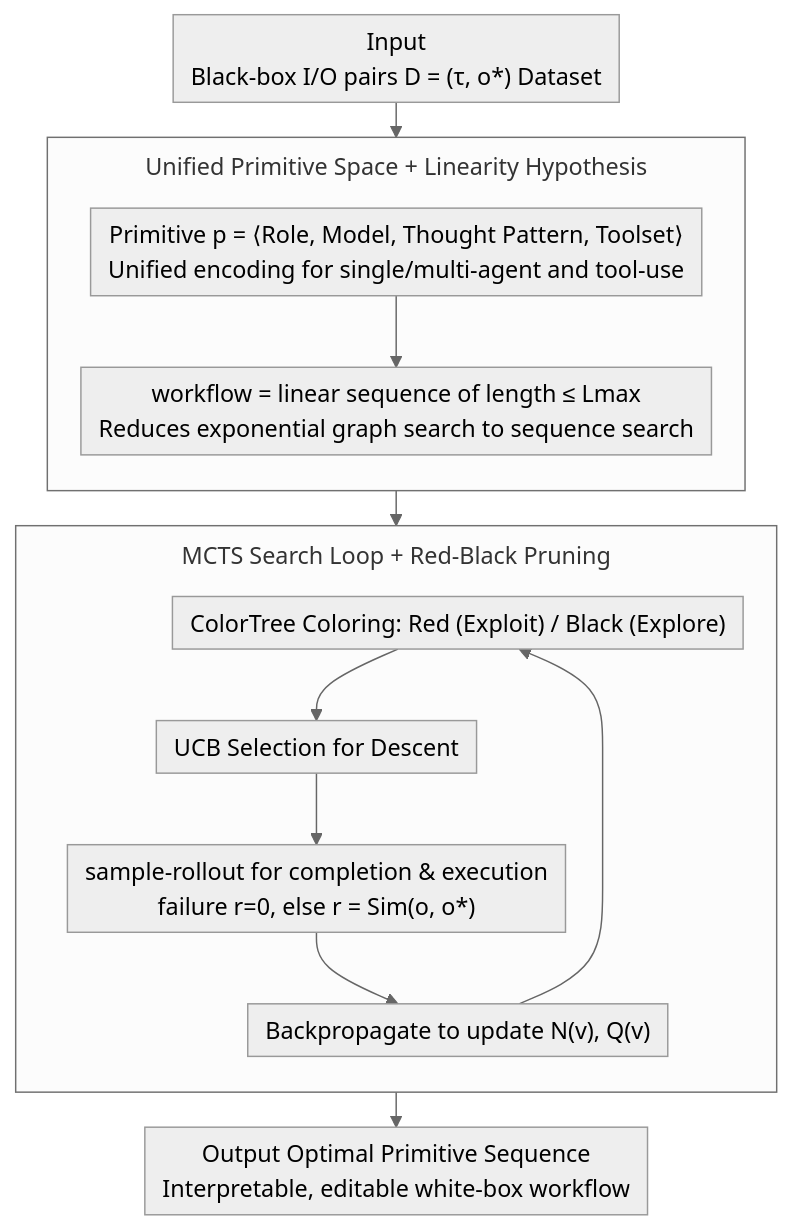
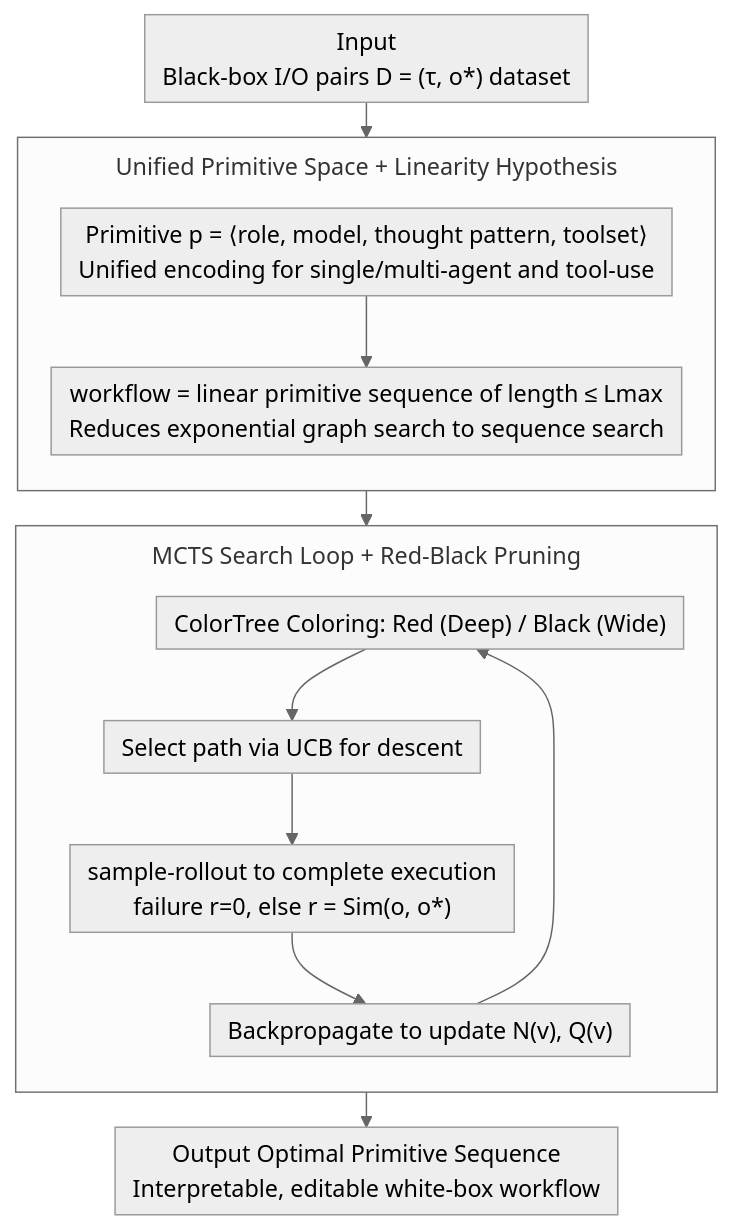
Before and after one commit to zhaoyang97/Paper-Notes-en: the diagram in docs/ICML2026/llm_agent/agentxray_white-boxing_agentic_systems_via_workflow_reconstruction.md, drawn with Mermaid (neutral theme). The commit also changed other lines of this file and 5084 other files, not shown here.

````diff
--- a/docs/ICML2026/llm_agent/agentxray_white-boxing_agentic_systems_via_workflow_reconstruction.md
+++ b/docs/ICML2026/llm_agent/agentxray_white-boxing_agentic_systems_via_workflow_reconstruction.md
@@ -46,18 +46,18 @@
 ```mermaid
 %%{init: {'flowchart': {'rankSpacing': 24, 'nodeSpacing': 26, 'padding': 6, 'wrappingWidth': 420, 'subGraphTitleMargin': {'top': 8, 'bottom': 16}}}}%%
 flowchart TD
-    A["Input<br/>Black-box I/O pairs D = (τ, o*) Dataset"] --> S1
+    A["Input<br/>Black-box I/O pairs D = (τ, o*) dataset"] --> S1
     subgraph S1["Unified Primitive Space + Linearity Hypothesis"]
         direction TB
-        B["Primitive p = ⟨Role, Model, Thought Pattern, Toolset⟩<br/>Unified encoding for single/multi-agent and tool-use"] --> C["workflow = linear sequence of length ≤ Lmax<br/>Reduces exponential graph search to sequence search"]
+        B["Primitive p = ⟨role, model, thought pattern, toolset⟩<br/>Unified encoding for single/multi-agent and tool-use"] --> C["workflow = linear primitive sequence of length ≤ Lmax<br/>Reduces exponential graph search to sequence search"]
     end
     S1 --> M
     subgraph M["MCTS Search Loop + Red-Black Pruning"]
         direction TB
-        D["ColorTree Coloring: Red (Exploit) / Black (Explore)"] --> E["UCB Selection for Descent"]
-        E --> F["sample-rollout for completion & execution<br/>failure r=0, else r = Sim(o, o*)"]
+        D["ColorTree Coloring: Red (Deep) / Black (Wide)"] --> E["Select path via UCB for descent"]
+        E --> F["sample-rollout to complete execution<br/>failure r=0, else r = Sim(o, o*)"]
         F --> G["Backpropagate to update N(v), Q(v)"]
         G --> D
     end
     M --> H["Output Optimal Primitive Sequence<br/>Interpretable, editable white-box workflow"]
 ```
````
